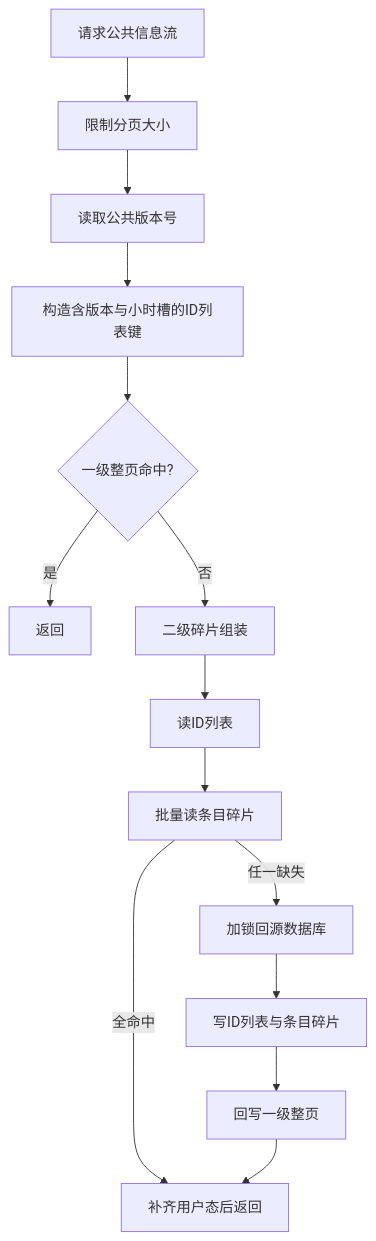
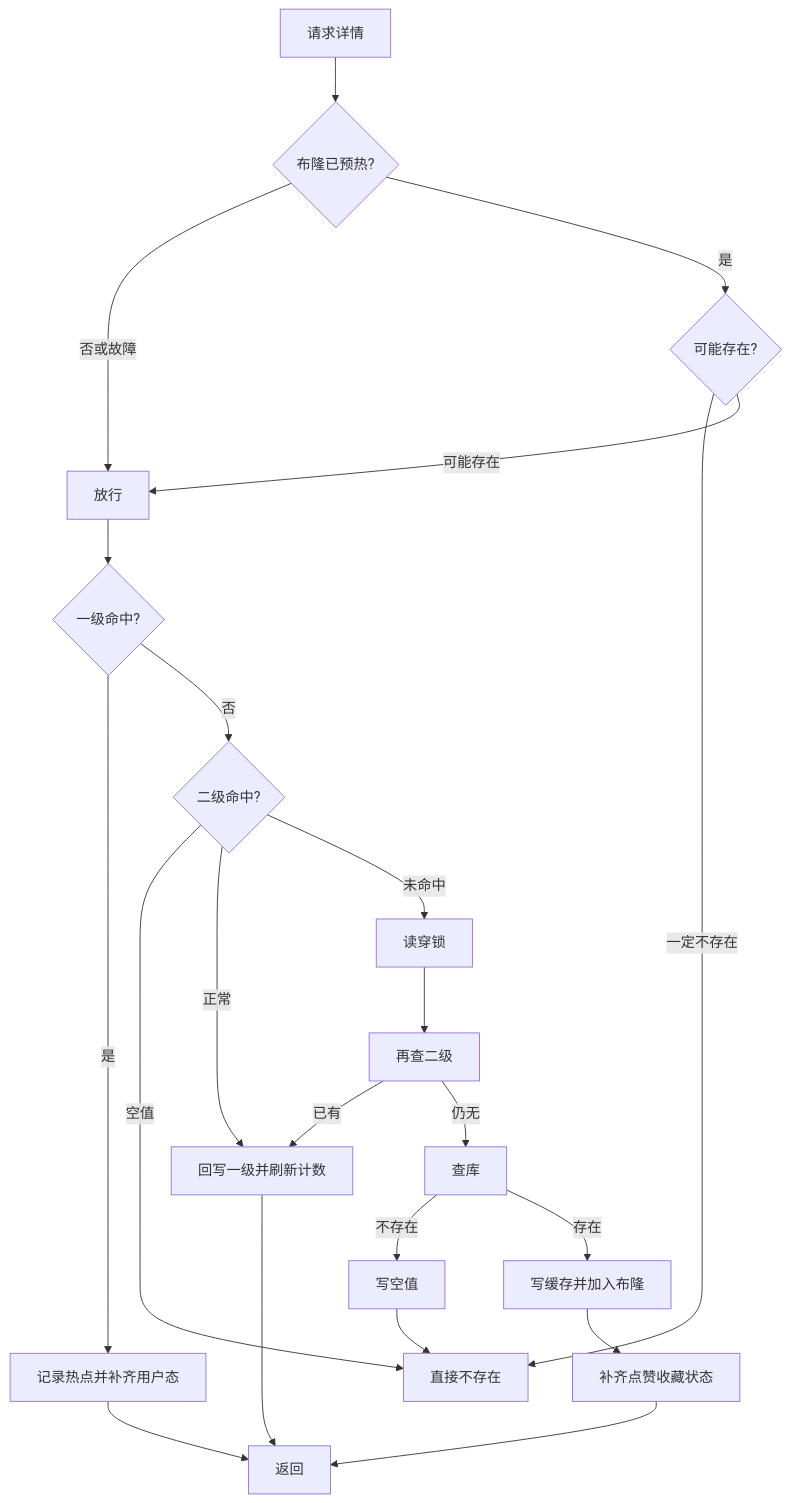
One commit to bitladykiller/zhiguang_go changed the third of 4 diagrams in docs/modules/04-知文内容缓存与Feed模块.md. Above: the diagram before and after it, drawn with Mermaid. The commit also changed other lines of this file and 13 other files, not shown here.

````diff
--- a/docs/modules/04-知文内容缓存与Feed模块.md
+++ b/docs/modules/04-知文内容缓存与Feed模块.md
@@ -566,16 +109,24 @@
 ```mermaid
 flowchart TD
-    A[请求公共信息流] --> B[限制分页大小]
-    B --> C[读取公共版本号]
-    C --> D[构造含版本与小时槽的ID列表键]
-    D --> E{一级整页命中?}
-    E -->|是| F[返回]
-    E -->|否| G[二级碎片组装]
-    G --> H[读ID列表]
-    H --> I[批量读条目碎片]
-    I -->|任一缺失| J[加锁回源数据库]
-    I -->|全命中| K[补齐用户态后返回]
-    J --> L[写ID列表与条目碎片]
-    L --> M[回写一级整页]
-    M --> K
+    A[请求详情] --> B{布隆已预热?}
+    B -->|否或故障| C[放行]
+    B -->|是| D{可能存在?}
+    D -->|一定不存在| E[直接不存在]
+    D -->|可能存在| C
+    C --> F{一级命中?}
+    F -->|是| G[记录热点并补齐用户态]
+    F -->|否| H{二级命中?}
+    H -->|空值| E
+    H -->|正常| I[回写一级并刷新计数]
+    H -->|未命中| J[读穿锁]
+    J --> K[再查二级]
+    K -->|已有| I
+    K -->|仍无| L[查库]
+    L -->|不存在| M[写空值]
+    M --> E
+    L -->|存在| N[写缓存并加入布隆]
+    N --> O[补齐点赞收藏状态]
+    G --> P[返回]
+    I --> P
+    O --> P
 ```
````
